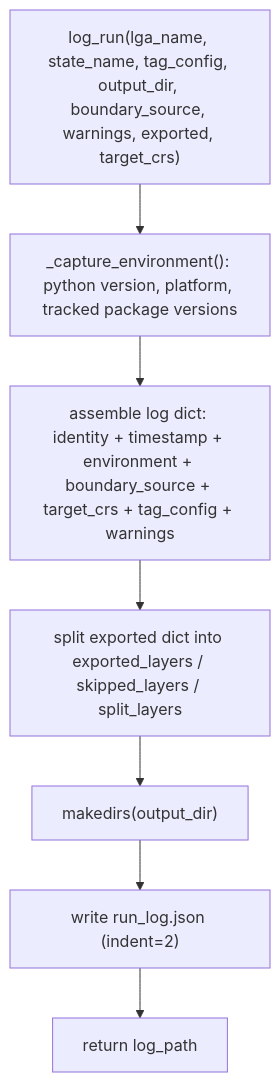
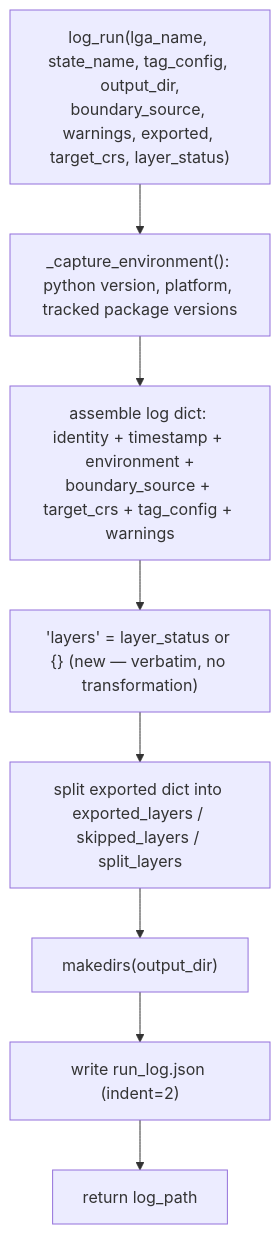
One commit to Mapkathon2026-UseOSM/UseOSM_Mapkathon-Submission-documentation changed the diagram in docs/lga-osm-extractor/modules/logging_utils.md. Above: the diagram before and after it, drawn with Mermaid. The commit also changed other lines of this file and 19 other files, not shown here.

````diff
--- a/docs/lga-osm-extractor/modules/logging_utils.md
+++ b/docs/lga-osm-extractor/modules/logging_utils.md
@@ -73,9 +74,10 @@
 ```mermaid
 flowchart TD
-    A["log_run(lga_name, state_name, tag_config, output_dir, boundary_source, warnings, exported, target_crs)"] --> B["_capture_environment(): python version, platform, tracked package versions"]
-    B --> C["assemble log dict: identity + timestamp + environment + boundary_source + target_crs + tag_config + warnings"]
-    C --> D["split exported dict into exported_layers / skipped_layers / split_layers"]
+    A["log_run(lga_name, state_name, tag_config, output_dir,<br/>boundary_source, warnings, exported, target_crs, layer_status)"] --> B["_capture_environment(): python version, platform, tracked package versions"]
+    B --> C["assemble log dict: identity + timestamp + environment +<br/>boundary_source + target_crs + tag_config + warnings"]
+    C --> C2["'layers' = layer_status or {} (new — verbatim, no transformation)"]
+    C2 --> D["split exported dict into exported_layers / skipped_layers / split_layers"]
     D --> E["makedirs(output_dir)"]
     E --> F["write run_log.json (indent=2)"]
     F --> G["return log_path"]
 ```
````
